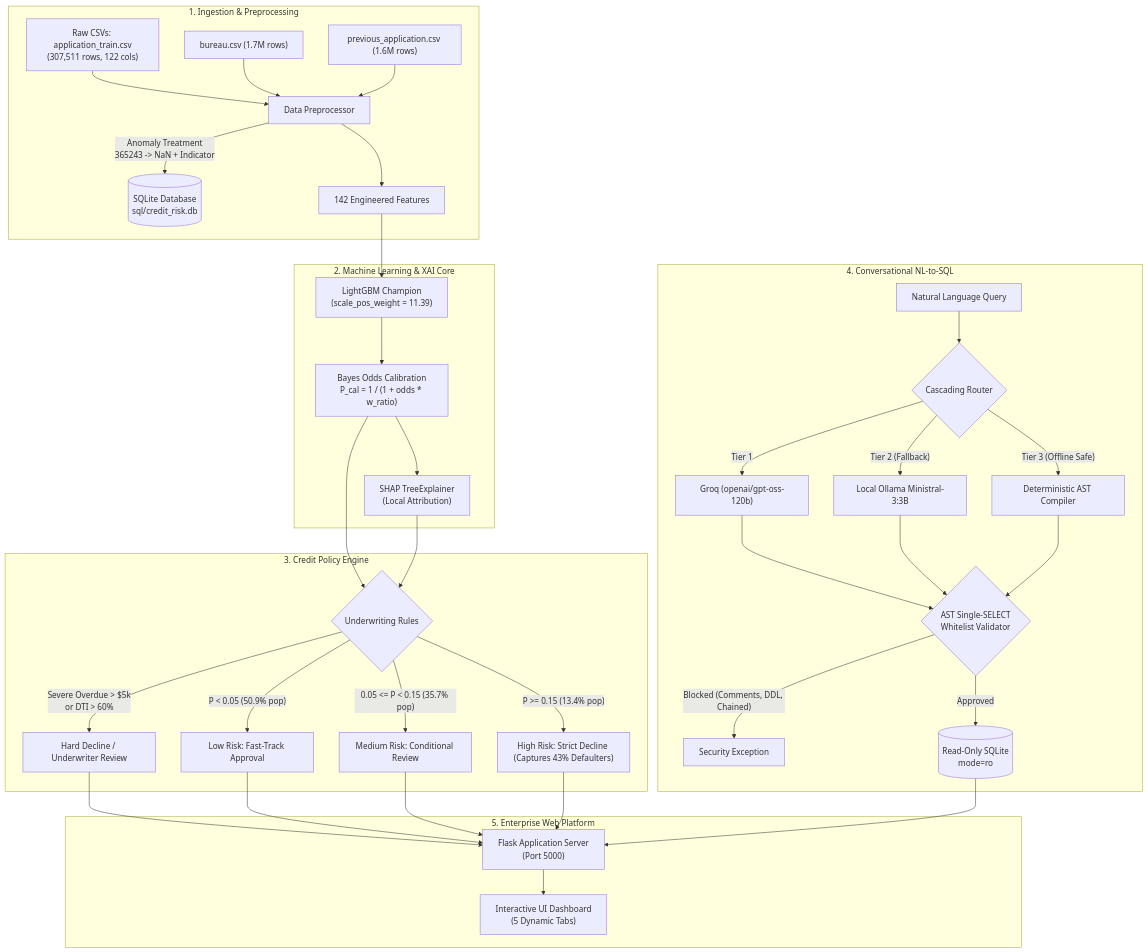
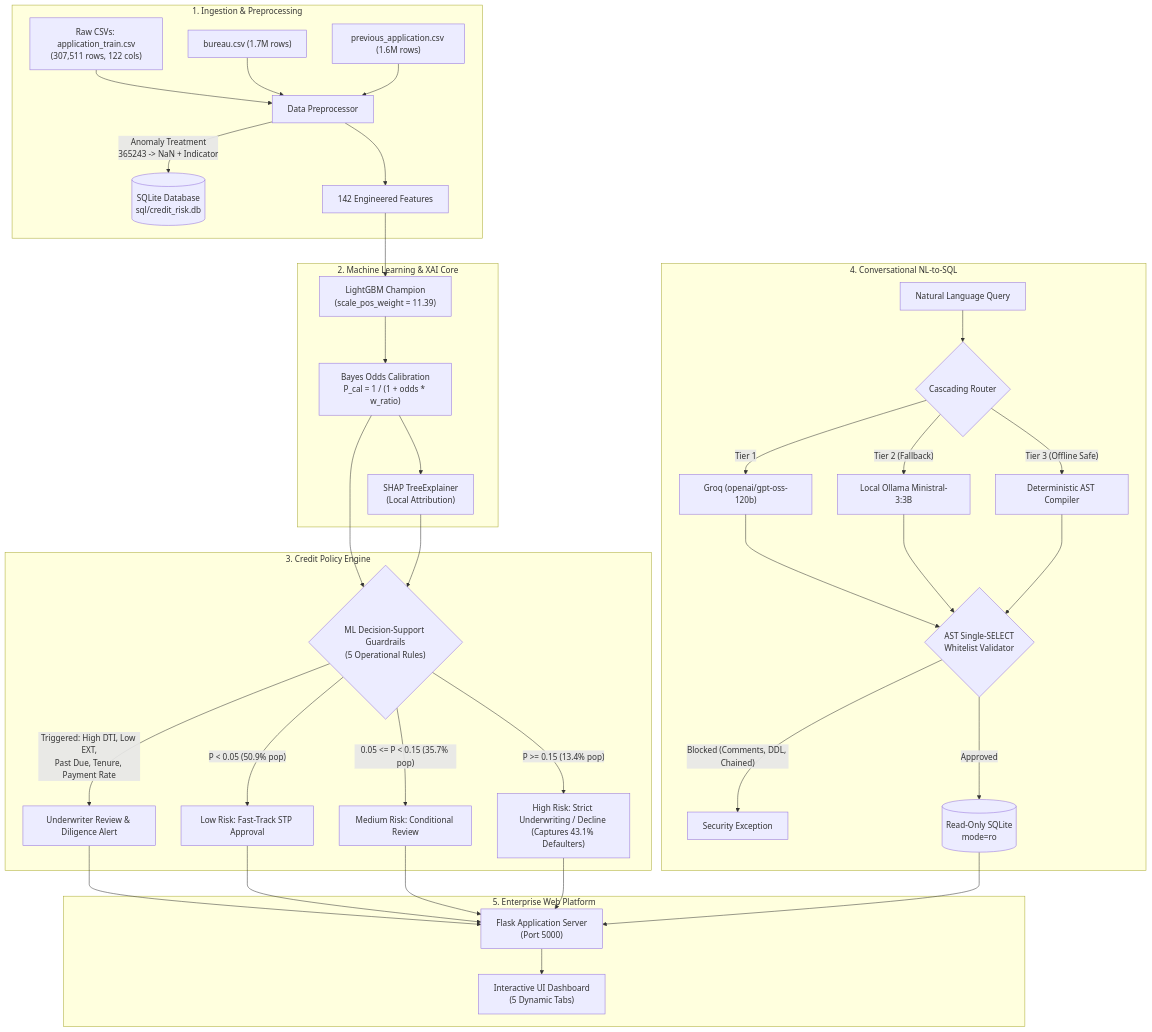
Before and after one commit to saurabhburnwal/credit-risk-intelligence-platform: the first of 2 diagrams in README.md, drawn with Mermaid. The commit also changed other lines of this file and 15 other files, not shown here.

````diff
--- a/README.md
+++ b/README.md
@@ -39,40 +39,40 @@
 ```mermaid
 flowchart TD
     subgraph Data_Pipeline["1. Ingestion & Preprocessing"]
         A1["Raw CSVs: application_train.csv<br/>(307,511 rows, 122 cols)"] --> AP["Data Preprocessor"]
         A2["bureau.csv (1.7M rows)"] --> AP
         A3["previous_application.csv (1.6M rows)"] --> AP
         AP -->|"Anomaly Treatment<br/>365243 -> NaN + Indicator"| DB[("SQLite Database<br/>sql/credit_risk.db")]
         AP --> FE["142 Engineered Features"]
     end
 
     subgraph ML_Core["2. Machine Learning & XAI Core"]
         FE --> L別["LightGBM Champion<br/>(scale_pos_weight = 11.39)"]
         L別 --> CAL["Bayes Odds Calibration<br/>P_cal = 1 / (1 + odds * w_ratio)"]
         CAL --> TE["SHAP TreeExplainer<br/>(Local Attribution)"]
     end
 
     subgraph Decision_Engine["3. Credit Policy Engine"]
-        CAL & TE --> PE{"Underwriting Rules"}
-        PE -->|"Severe Overdue > $5k<br/>or DTI > 60%"| R_DEC["Hard Decline / Underwriter Review"]
-        PE -->|"P < 0.05 (50.9% pop)"| R_LOW["Low Risk: Fast-Track Approval"]
+        CAL & TE --> PE{"ML Decision-Support Guardrails<br/>(5 Operational Rules)"}
+        PE -->|"Triggered: High DTI, Low EXT,<br/>Past Due, Tenure, Payment Rate"| R_DEC["Underwriter Review & Diligence Alert"]
+        PE -->|"P < 0.05 (50.9% pop)"| R_LOW["Low Risk: Fast-Track STP Approval"]
         PE -->|"0.05 <= P < 0.15 (35.7% pop)"| R_MED["Medium Risk: Conditional Review"]
-        PE -->|"P >= 0.15 (13.4% pop)"| R_HI["High Risk: Strict Decline (Captures 43% Defaulters)"]
+        PE -->|"P >= 0.15 (13.4% pop)"| R_HI["High Risk: Strict Underwriting / Decline (Captures 43.1% Defaulters)"]
     end
 
     subgraph Talk_To_Data["4. Conversational NL-to-SQL"]
         NL["Natural Language Query"] --> ROUTER{"Cascading Router"}
         ROUTER -->|"Tier 1"| GROQ["Groq (openai/gpt-oss-120b)"]
         ROUTER -->|"Tier 2 (Fallback)"| OLLAMA["Local Ollama Ministral-3:3B"]
         ROUTER -->|"Tier 3 (Offline Safe)"| DET["Deterministic AST Compiler"]
         GROQ & OLLAMA & DET --> VAL{"AST Single-SELECT<br/>Whitelist Validator"}
         VAL -->|"Blocked (Comments, DDL, Chained)"| ERR["Security Exception"]
         VAL -->|"Approved"| RO_DB[("Read-Only SQLite<br/>mode=ro")]
     end
 
     subgraph UI_Layer["5. Enterprise Web Platform"]
         R_DEC & R_LOW & R_MED & R_HI --> FLASK["Flask Application Server<br/>(Port 5000)"]
         RO_DB --> FLASK
         FLASK --> WEB["Interactive UI Dashboard<br/>(5 Dynamic Tabs)"]
     end
 ```
````
